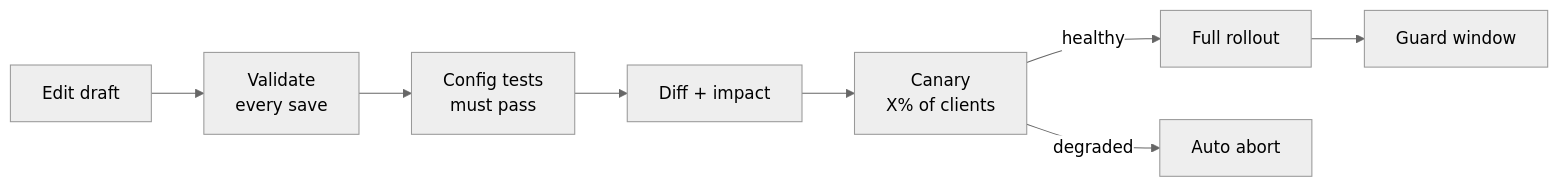
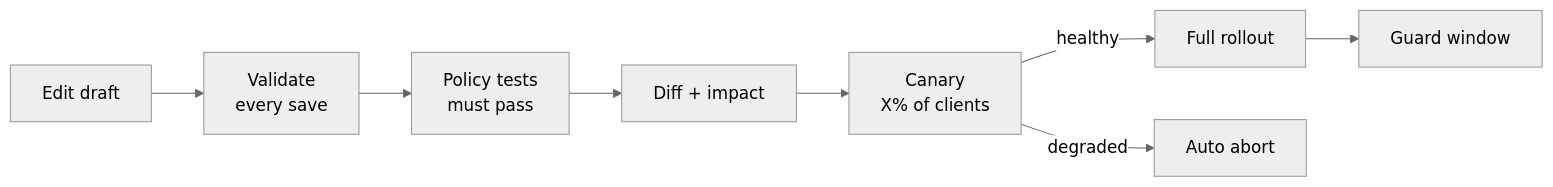
The fourth of 4 diagrams in docs/design.md (chrisleekr/edge-proxy), drawn with Mermaid (neutral theme) before and after one commit. The commit also changed other lines of this file and 71 other files, not shown here.

````diff
--- a/docs/design.md
+++ b/docs/design.md
@@ -744,10 +744,10 @@
 ```mermaid
 flowchart LR
     ED["Edit draft"] --> V1["Validate<br/>every save"]
-    V1 --> T1["Config tests<br/>must pass"]
+    V1 --> T1["Policy tests<br/>must pass"]
     T1 --> DF["Diff + impact"]
     DF --> CN["Canary<br/>X% of clients"]
     CN -->|"healthy"| FL["Full rollout"]
     CN -->|"degraded"| AB["Auto abort"]
     FL --> GD["Guard window"]
 ```
````
